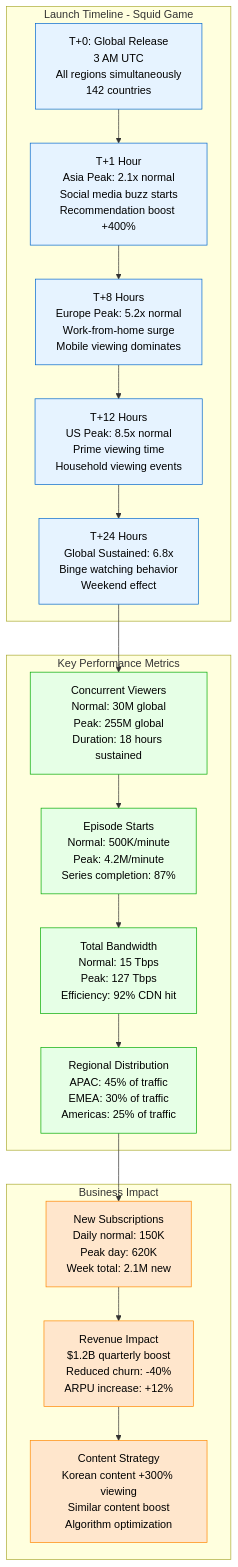
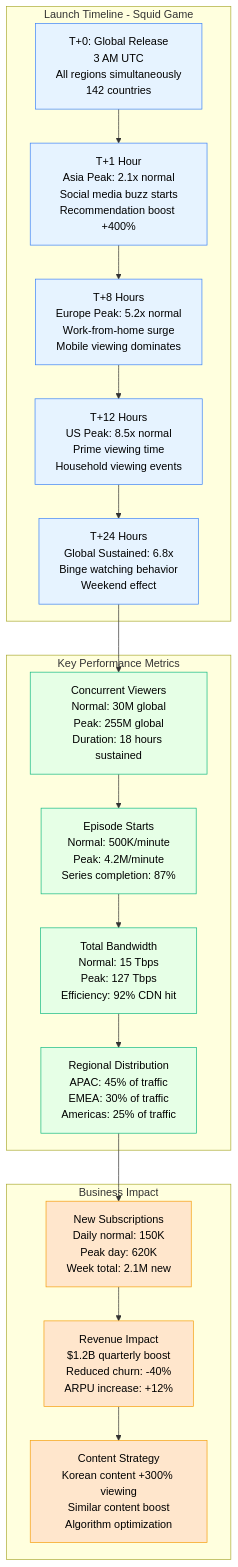
Before and after one commit to deepaucksharma/DS: the second of 6 diagrams in site/docs/capacity/netflix-show-release-surge.md, drawn with Mermaid. The commit also changed other lines of this file and 303 other files, not shown here.

````diff
--- a/site/docs/capacity/netflix-show-release-surge.md
+++ b/site/docs/capacity/netflix-show-release-surge.md
@@ -70,42 +70,42 @@
 ```mermaid
 graph TB
     subgraph Launch[Launch Timeline - Squid Game]
         T0[T+0: Global Release<br/>3 AM UTC<br/>All regions simultaneously<br/>142 countries]
         T1[T+1 Hour<br/>Asia Peak: 2.1x normal<br/>Social media buzz starts<br/>Recommendation boost +400%]
         T8[T+8 Hours<br/>Europe Peak: 5.2x normal<br/>Work-from-home surge<br/>Mobile viewing dominates]
         T12[T+12 Hours<br/>US Peak: 8.5x normal<br/>Prime viewing time<br/>Household viewing events]
         T24[T+24 Hours<br/>Global Sustained: 6.8x<br/>Binge watching behavior<br/>Weekend effect]
     end
 
     subgraph Metrics[Key Performance Metrics]
         VIEWERS[Concurrent Viewers<br/>Normal: 30M global<br/>Peak: 255M global<br/>Duration: 18 hours sustained]
         STARTS[Episode Starts<br/>Normal: 500K/minute<br/>Peak: 4.2M/minute<br/>Series completion: 87%]
         BANDWIDTH[Total Bandwidth<br/>Normal: 15 Tbps<br/>Peak: 127 Tbps<br/>Efficiency: 92% CDN hit]
         REGIONS[Regional Distribution<br/>APAC: 45% of traffic<br/>EMEA: 30% of traffic<br/>Americas: 25% of traffic]
     end
 
     subgraph Impact[Business Impact]
         SUB[New Subscriptions<br/>Daily normal: 150K<br/>Peak day: 620K<br/>Week total: 2.1M new]
         REVENUE[Revenue Impact<br/>$1.2B quarterly boost<br/>Reduced churn: -40%<br/>ARPU increase: +12%]
         CONTENT[Content Strategy<br/>Korean content +300% viewing<br/>Similar content boost<br/>Algorithm optimization]
     end
 
     T0 --> T1 --> T8 --> T12 --> T24
     T24 --> VIEWERS
     VIEWERS --> STARTS
     STARTS --> BANDWIDTH
     BANDWIDTH --> REGIONS
 
     REGIONS --> SUB
     SUB --> REVENUE
     REVENUE --> CONTENT
 
     %% Apply colors
-    classDef timeline fill:#E6F3FF,stroke:#0066CC,color:#000
-    classDef metrics fill:#E6FFE6,stroke:#00AA00,color:#000
-    classDef impact fill:#FFE6CC,stroke:#FF8800,color:#000
+    classDef timeline fill:#E6F3FF,stroke:#3B82F6,color:#000
+    classDef metrics fill:#E6FFE6,stroke:#10B981,color:#000
+    classDef impact fill:#FFE6CC,stroke:#F59E0B,color:#000
 
     class T0,T1,T8,T12,T24 timeline
     class VIEWERS,STARTS,BANDWIDTH,REGIONS metrics
     class SUB,REVENUE,CONTENT impact
 ```
````
